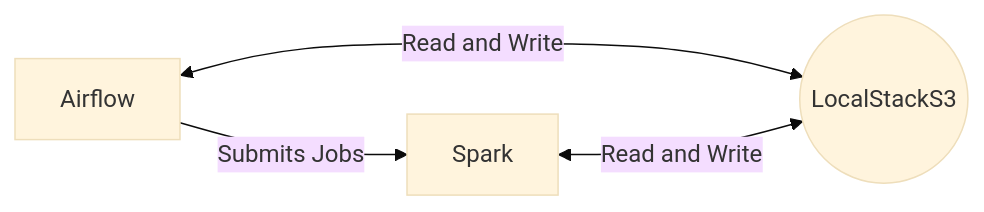
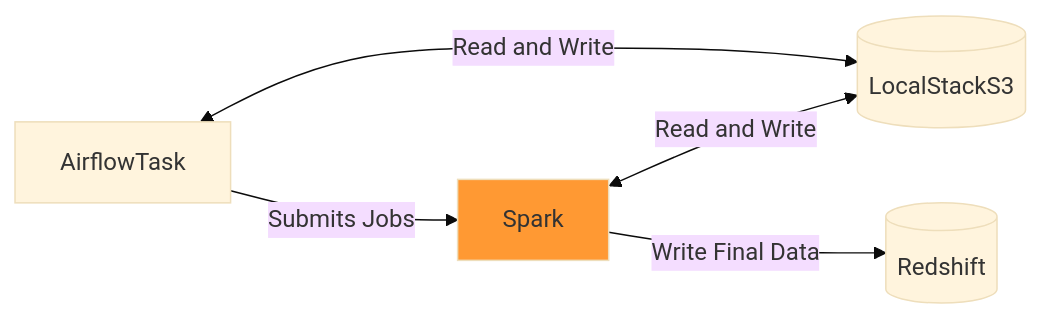
Before and after one commit to sebport0/data-eng-coderhouse: the first of 2 diagrams in entregable_3/README.md, drawn with Mermaid (base theme). The commit also changed other lines of this file, not shown here.

````diff
--- a/entregable_3/README.md
+++ b/entregable_3/README.md
@@ -35,7 +35,10 @@
 ```mermaid
 graph LR
-    A[Airflow] <-- Read and Write --> B((LocalStackS3))
+    A[AirflowTask] <-- Read and Write --> B[(LocalStackS3)]
     A -- Submits Jobs --> C[Spark]
     C <-- Read and Write --> B
+    C -- Write Final Data -->D[(Redshift)]
+    style A fill:##00ccff
+    style C fill:#ff9933
 
 ```
````
